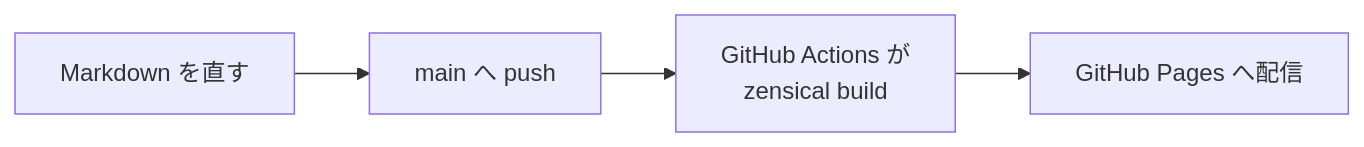
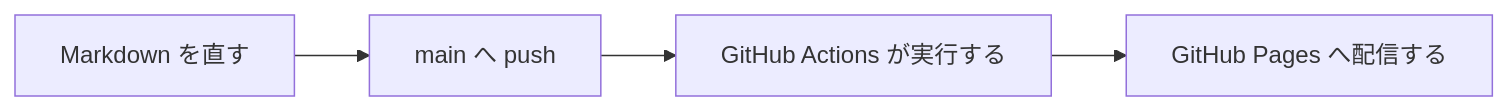
One commit to ht-0328/it-tools-guidebook changed the second of 2 diagrams in docs/zensical.md. Above: the diagram before and after it, drawn with Mermaid. The commit also changed other lines of this file and 2 other files, not shown here.

First line of the commit message:
fix: mermaid の図が Syntax error になるのを直す

````diff
--- a/docs/zensical.md
+++ b/docs/zensical.md
@@ -126,6 +127,6 @@
 ```mermaid
 flowchart LR
     A["Markdown を直す"] --> B["main へ push"]
-    B --> C["GitHub Actions が<br>zensical build"]
-    C --> D["GitHub Pages へ配信"]
+    B --> C["GitHub Actions が実行する"]
+    C --> D["GitHub Pages へ配信する"]
 ```
````
